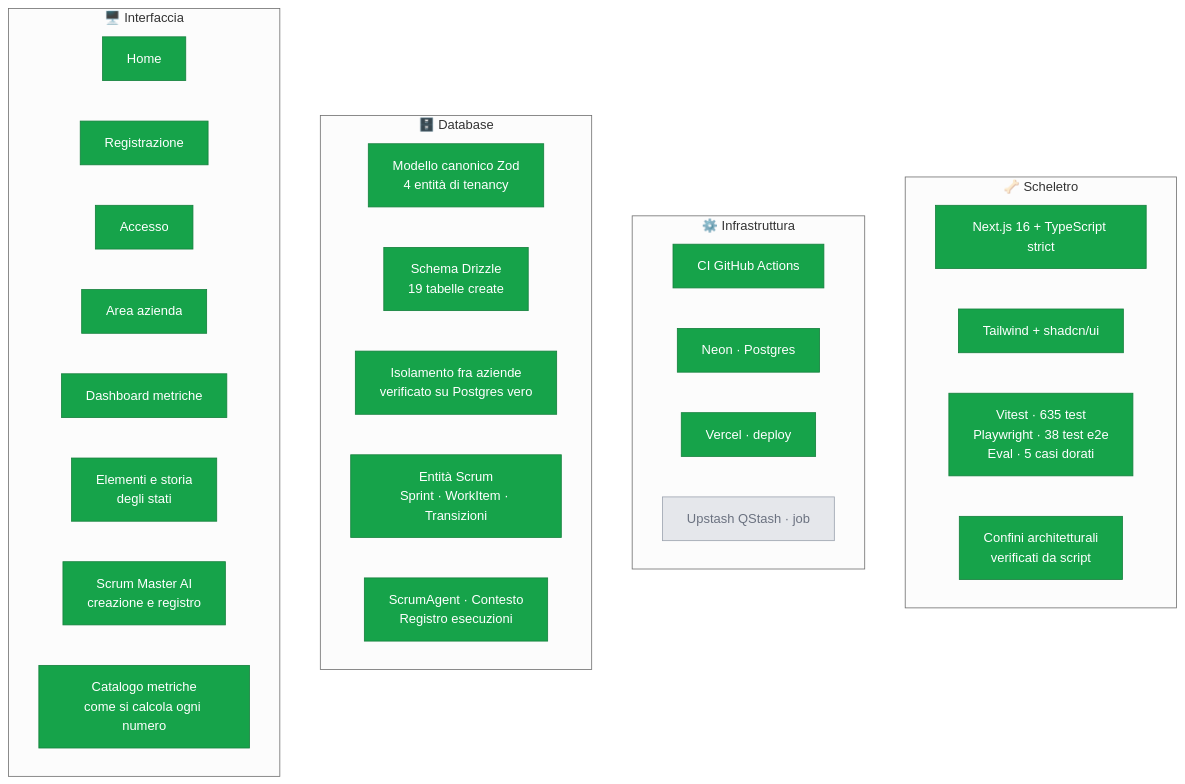
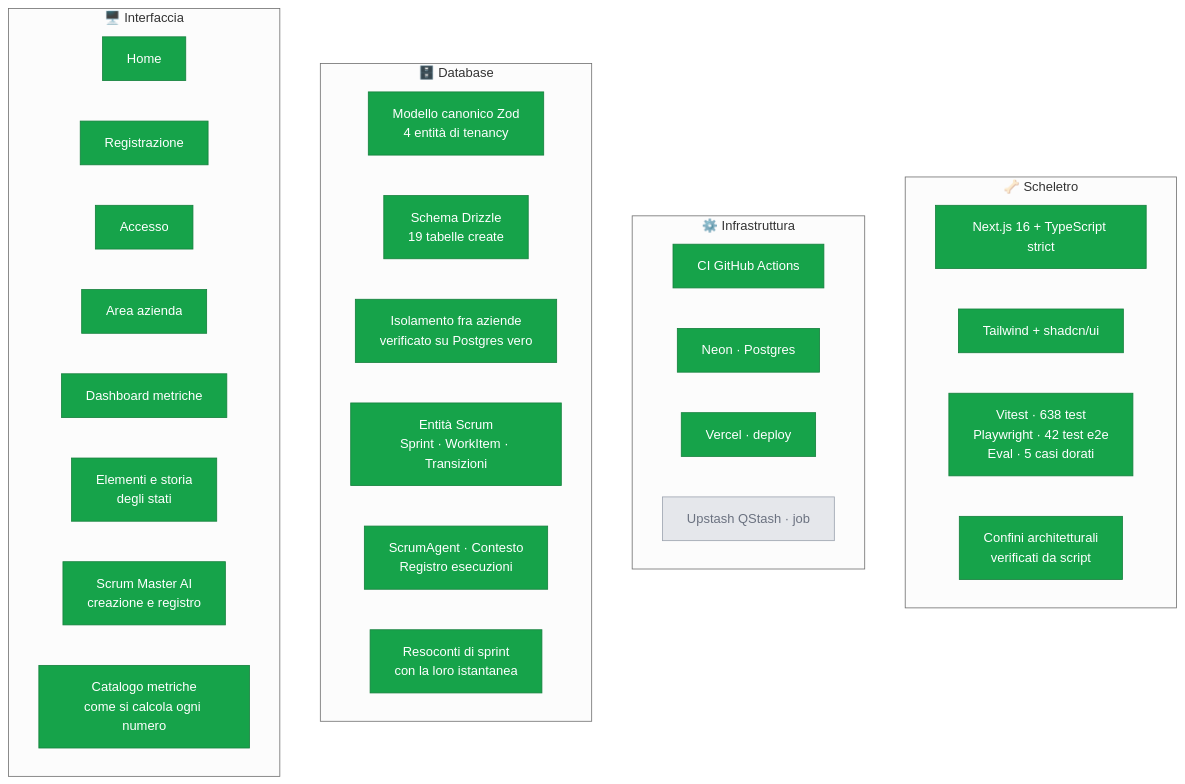
Before and after one commit to dibari62/scrum-master-ai: the first of 3 diagrams in docs/stato-progetto.md, drawn with Mermaid (neutral theme). The commit also changed other lines of this file and 13 other files, not shown here.

````diff
--- a/docs/stato-progetto.md
+++ b/docs/stato-progetto.md
@@ -13,45 +13,46 @@
 ```mermaid
 graph TB
     subgraph SCH["🦴 Scheletro"]
         S1["Next.js 16 + TypeScript strict"]
         S2["Tailwind + shadcn/ui"]
-        S3["Vitest · 635 test<br/>Playwright · 38 test e2e<br/>Eval · 5 casi dorati"]
+        S3["Vitest · 638 test<br/>Playwright · 42 test e2e<br/>Eval · 5 casi dorati"]
         S4["Confini architetturali<br/>verificati da script"]
     end
 
     subgraph INF["⚙️ Infrastruttura"]
         I1["CI GitHub Actions"]
         I2["Neon · Postgres"]
         I3["Vercel · deploy"]
         I4["Upstash QStash · job"]
     end
 
     subgraph DB["🗄️ Database"]
         D1["Modello canonico Zod<br/>4 entità di tenancy"]
         D2["Schema Drizzle<br/>19 tabelle create"]
         D3["Isolamento fra aziende<br/>verificato su Postgres vero"]
         D4["Entità Scrum<br/>Sprint · WorkItem · Transizioni"]
         D5["ScrumAgent · Contesto<br/>Registro esecuzioni"]
+        D6["Resoconti di sprint<br/>con la loro istantanea"]
     end
 
     subgraph UI["🖥️ Interfaccia"]
         U1["Home"]
         U2["Registrazione"]
         U3["Accesso"]
         U4["Area azienda"]
         U5["Dashboard metriche"]
         U7["Elementi e storia<br/>degli stati"]
         U6["Scrum Master AI<br/>creazione e registro"]
         U8["Catalogo metriche<br/>come si calcola ogni numero"]
     end
 
     classDef fatto fill:#16a34a,stroke:#15803d,color:#fff
     classDef corso fill:#eab308,stroke:#ca8a04,color:#000
     classDef todo fill:#e5e7eb,stroke:#9ca3af,color:#6b7280
 
     class S1,S2,S3,S4 fatto
     class I1,I2,I3 fatto
     class I4 todo
-    class D1,D2,D3,D4,D5 fatto
+    class D1,D2,D3,D4,D5,D6 fatto
     class U1,U2,U3,U4,U5,U6,U7,U8 fatto
 ```
````
